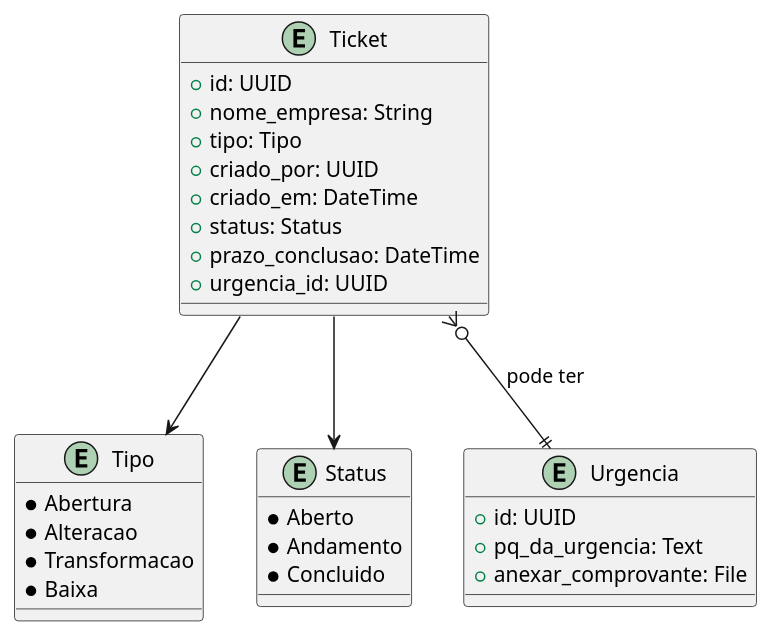
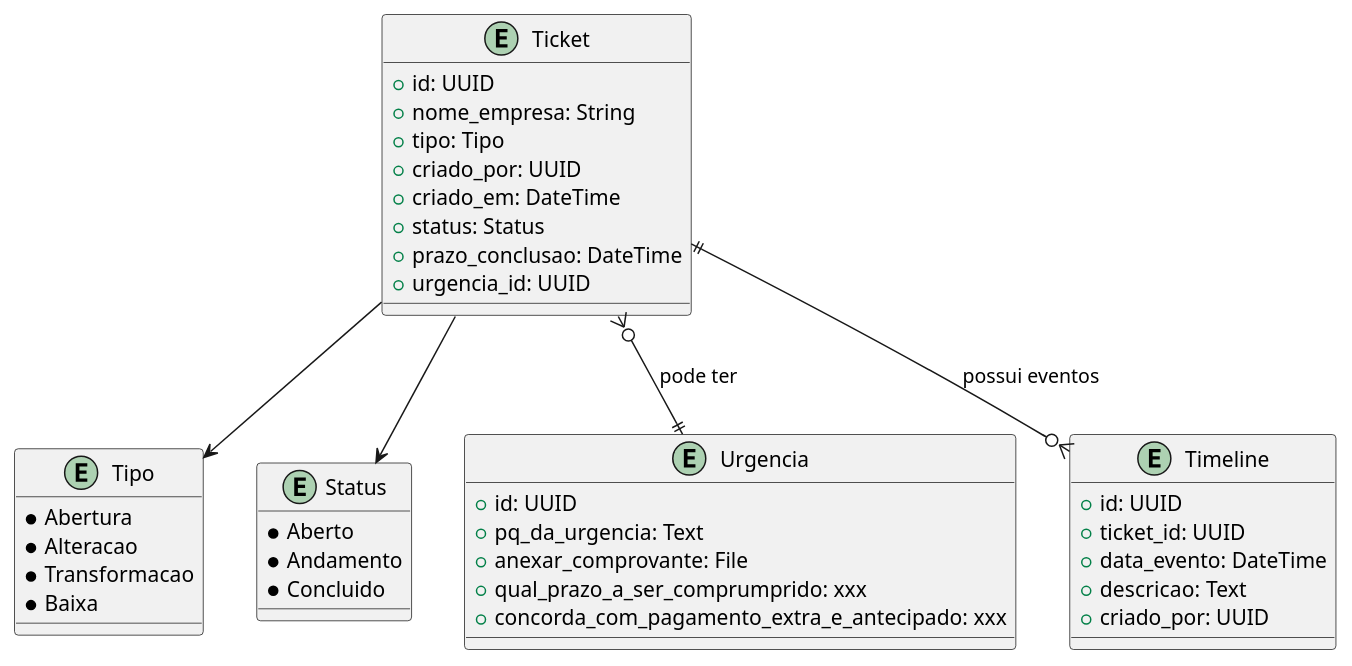
One commit to gold-code-dev/djangos changed the diagram in uml/main.puml. Above: the diagram before and after it, drawn with PlantUML.

```diff
--- a/uml/main.puml
+++ b/uml/main.puml
@@ -1,35 +1,46 @@
 @startuml
 entity Ticket {
     + id: UUID
     + nome_empresa: String
     + tipo: Tipo
     + criado_por: UUID
     + criado_em: DateTime
     + status: Status
     + prazo_conclusao: DateTime
     + urgencia_id: UUID
 }
 
 entity Tipo {
     * Abertura
     * Alteracao
     * Transformacao
     * Baixa
 }
 
 entity Status {
     * Aberto
     * Andamento
     * Concluido
 }
 
 entity Urgencia {
     + id: UUID
     + pq_da_urgencia: Text
     + anexar_comprovante: File
+    + qual_prazo_a_ser_comprumprido: xxx
+    + concorda_com_pagamento_extra_e_antecipado: xxx
+}
+
+entity Timeline {
+    + id: UUID
+    + ticket_id: UUID
+    + data_evento: DateTime
+    + descricao: Text
+    + criado_por: UUID
 }
 
 Ticket --> Tipo
 Ticket --> Status
 Ticket }o--|| Urgencia : "pode ter"
+Ticket ||--o{ Timeline : "possui eventos"
 @enduml
```
